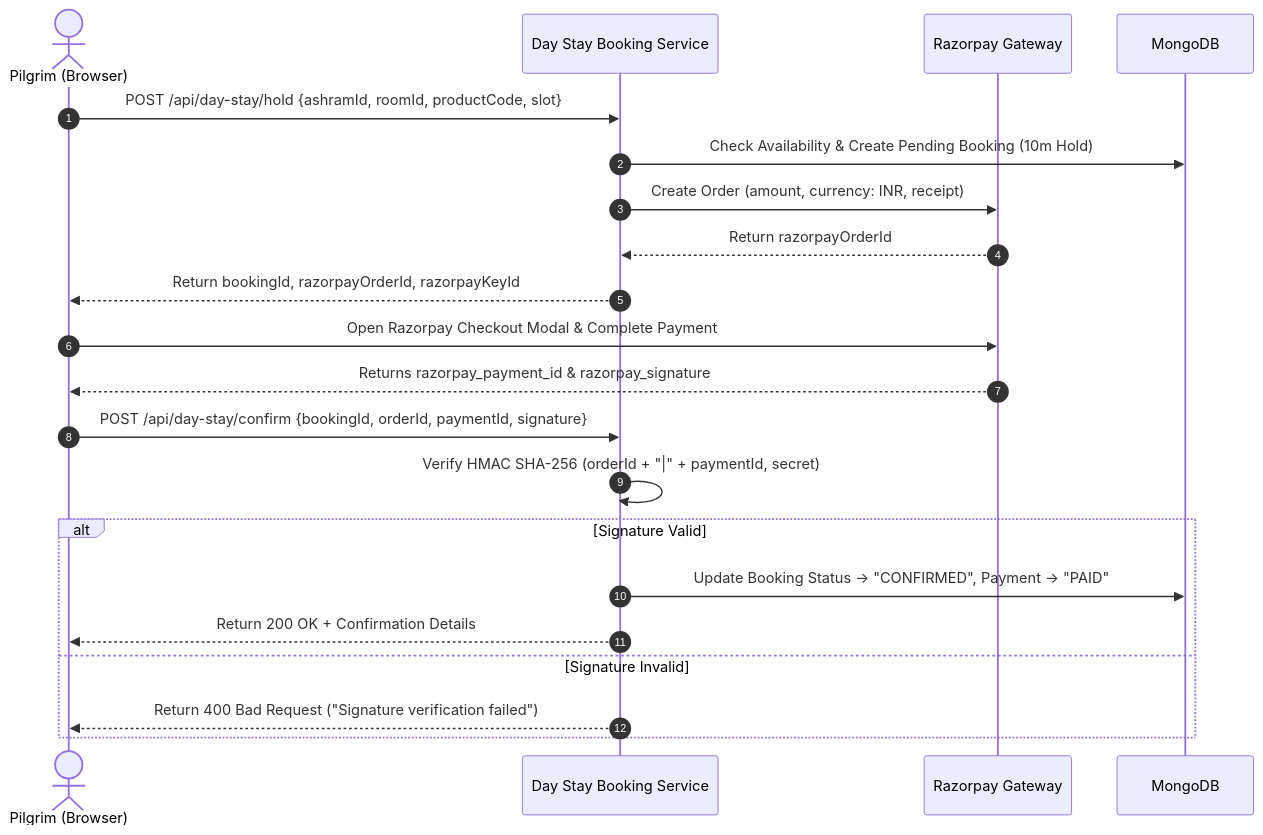
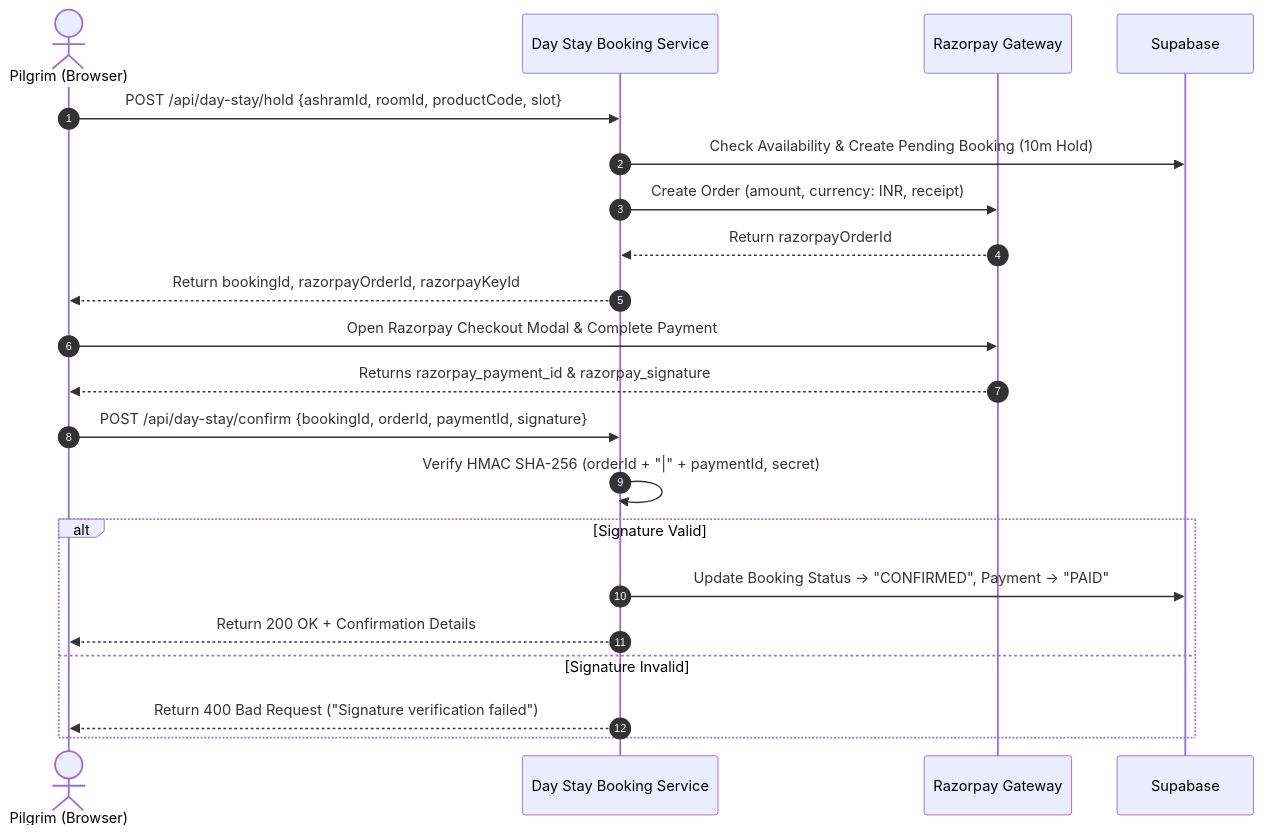
One commit to monktribein/tirvona changed the diagram in docs/day-stay/PAYMENT-FLOW-AUDIT.md. Above: the diagram before and after it, drawn with Mermaid. The commit also changed 364 other files, not shown here.

````diff
--- a/docs/day-stay/PAYMENT-FLOW-AUDIT.md
+++ b/docs/day-stay/PAYMENT-FLOW-AUDIT.md
@@ -12,26 +12,26 @@
 ```mermaid
 sequenceDiagram
     autonumber
     actor Customer as Pilgrim (Browser)
     participant Engine as Day Stay Booking Service
     participant Gateway as Razorpay Gateway
-    participant DB as MongoDB
+    participant DB as Supabase
 
     Customer->>Engine: POST /api/day-stay/hold {ashramId, roomId, productCode, slot}
     Engine->>DB: Check Availability & Create Pending Booking (10m Hold)
     Engine->>Gateway: Create Order (amount, currency: INR, receipt)
     Gateway-->>Engine: Return razorpayOrderId
     Engine-->>Customer: Return bookingId, razorpayOrderId, razorpayKeyId
 
     Customer->>Gateway: Open Razorpay Checkout Modal & Complete Payment
     Gateway-->>Customer: Returns razorpay_payment_id & razorpay_signature
 
     Customer->>Engine: POST /api/day-stay/confirm {bookingId, orderId, paymentId, signature}
     Engine->>Engine: Verify HMAC SHA-256 (orderId + "|" + paymentId, secret)
     alt Signature Valid
         Engine->>DB: Update Booking Status -> "CONFIRMED", Payment -> "PAID"
         Engine-->>Customer: Return 200 OK + Confirmation Details
     else Signature Invalid
         Engine-->>Customer: Return 400 Bad Request ("Signature verification failed")
     end
 ```
````
